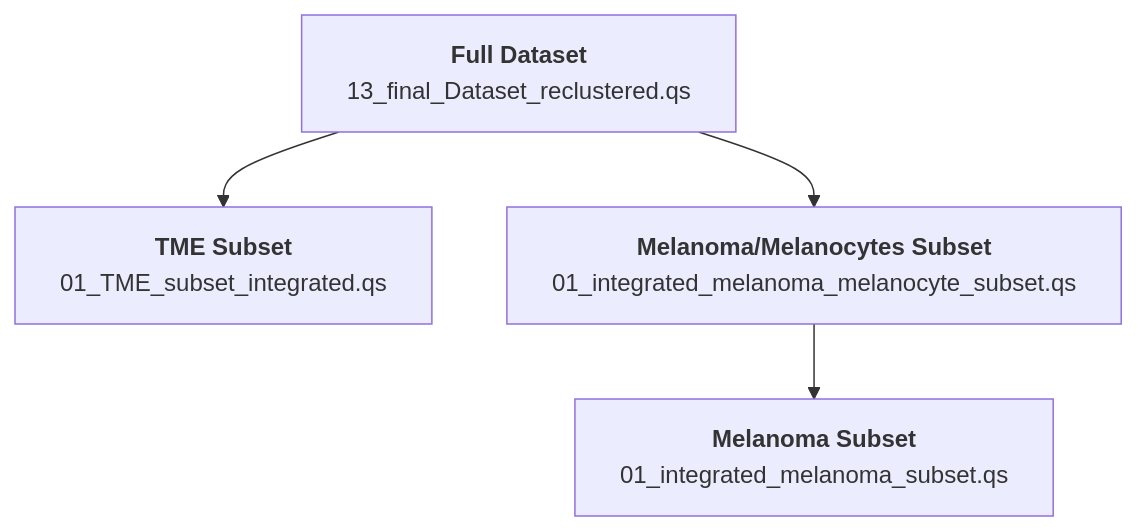
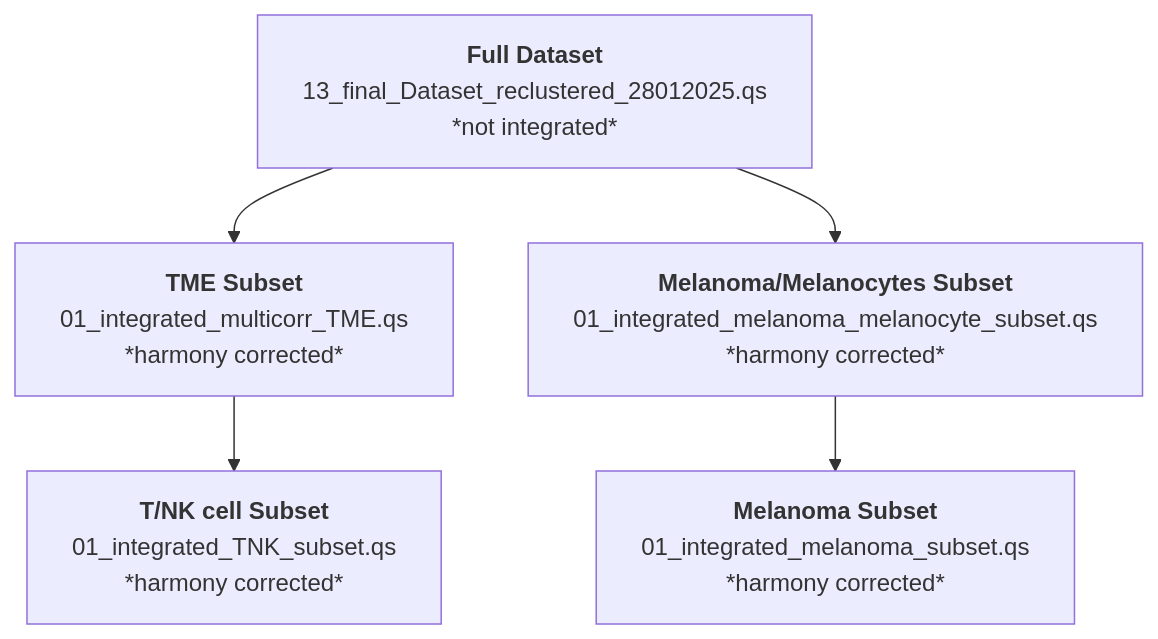
The diagram in README.md (LevesqueLabHub/UMscAtlas), drawn with Mermaid before and after one commit. The commit also changed other lines of this file, not shown here.

````diff
--- a/README.md
+++ b/README.md
@@ -53,6 +53,7 @@
 ```mermaid
 graph TD
-  A[<b>Full Dataset</b><br/>13_final_Dataset_reclustered.qs] --> B[<b>TME Subset</b><br/>01_TME_subset_integrated.qs]
-  A --> C[<b>Melanoma/Melanocytes Subset</b><br/>01_integrated_melanoma_melanocyte_subset.qs]
-  C --> D[<b>Melanoma Subset</b><br/>01_integrated_melanoma_subset.qs]
+  A[<b>Full Dataset</b><br/>13_final_Dataset_reclustered_28012025.qs<br/>*not integrated*] --> B[<b>TME Subset</b><br/>01_integrated_multicorr_TME.qs<br/>*harmony corrected*]
+  A --> C[<b>Melanoma/Melanocytes Subset</b><br/>01_integrated_melanoma_melanocyte_subset.qs<br/>*harmony corrected*]
+  B --> E[<b>T/NK cell Subset</b><br/>01_integrated_TNK_subset.qs<br/>*harmony corrected*]
+  C --> D[<b>Melanoma Subset</b><br/>01_integrated_melanoma_subset.qs<br/>*harmony corrected*]
 ```
````
